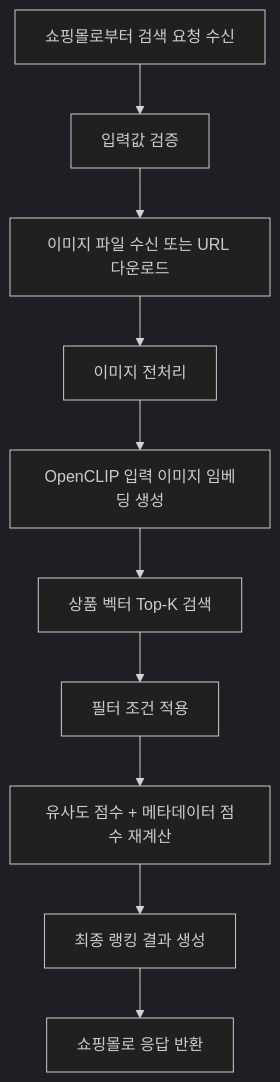
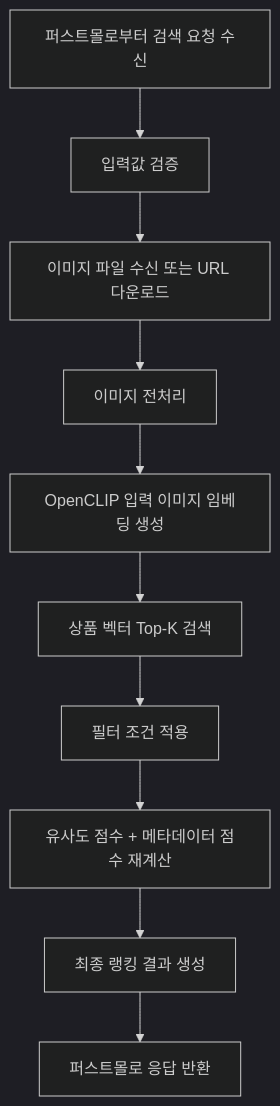
Before and after one commit to cincin00/playground-CLIP: the fifth of 7 diagrams in README.md, drawn with Mermaid (dark theme). The commit also changed other lines of this file, not shown here.

````diff
--- a/README.md
+++ b/README.md
@@ -117,13 +287,13 @@
 ```mermaid
 flowchart TD
-    REQ[쇼핑몰로부터 검색 요청 수신] --> INPUTCHK[입력값 검증]
+    REQ[퍼스트몰로부터 검색 요청 수신] --> INPUTCHK[입력값 검증]
     INPUTCHK --> IMGLOAD[이미지 파일 수신 또는 URL 다운로드]
     IMGLOAD --> PRE[이미지 전처리]
     PRE --> QEMB[OpenCLIP 입력 이미지 임베딩 생성]
 
     QEMB --> TOPK[상품 벡터 Top-K 검색]
     TOPK --> FILTER[필터 조건 적용]
     FILTER --> SCORE[유사도 점수 + 메타데이터 점수 재계산]
     SCORE --> FINAL[최종 랭킹 결과 생성]
-    FINAL --> RESP[쇼핑몰로 응답 반환]
+    FINAL --> RESP[퍼스트몰로 응답 반환]
 ```
````
